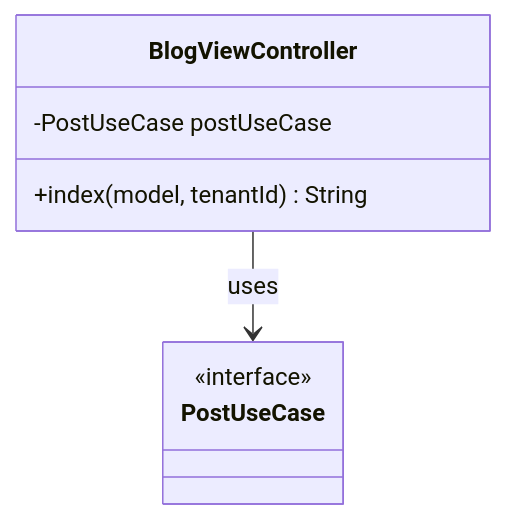
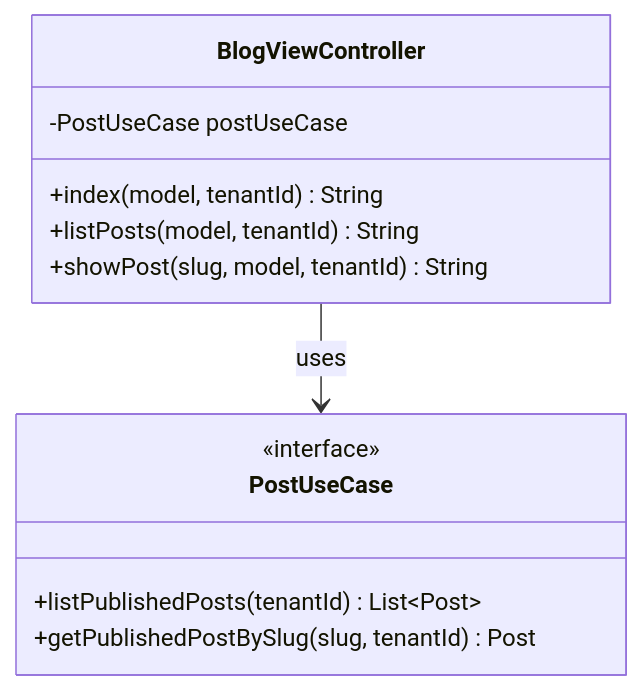
The fourth of 8 diagrams in docs/design/modules/ROOT/pages/blog-content/index.adoc (tomirgang/tomsblog), drawn with Mermaid before and after one commit. The commit also changed other lines of this file and 18 other files, not shown here.

```diff
--- a/docs/design/modules/ROOT/pages/blog-content/index.adoc
+++ b/docs/design/modules/ROOT/pages/blog-content/index.adoc
@@ -346,14 +350,18 @@
 [mermaid]
 ----
 classDiagram
     class BlogViewController {
         -PostUseCase postUseCase
         +index(model, tenantId) String
+        +listPosts(model, tenantId) String
+        +showPost(slug, model, tenantId) String
     }
 
     class PostUseCase {
         <<interface>>
+        +listPublishedPosts(tenantId) List~Post~
+        +getPublishedPostBySlug(slug, tenantId) Post
     }
 
     BlogViewController --> PostUseCase : uses
 ----
```
